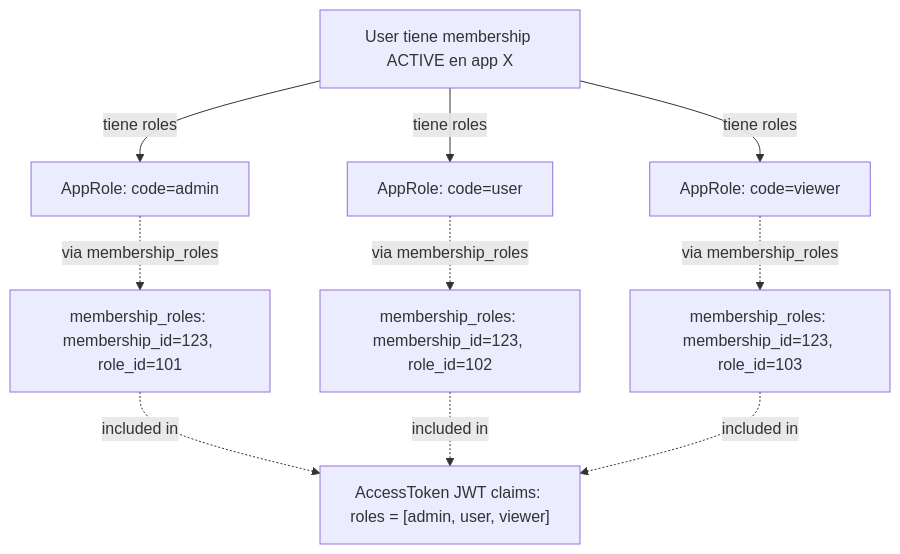
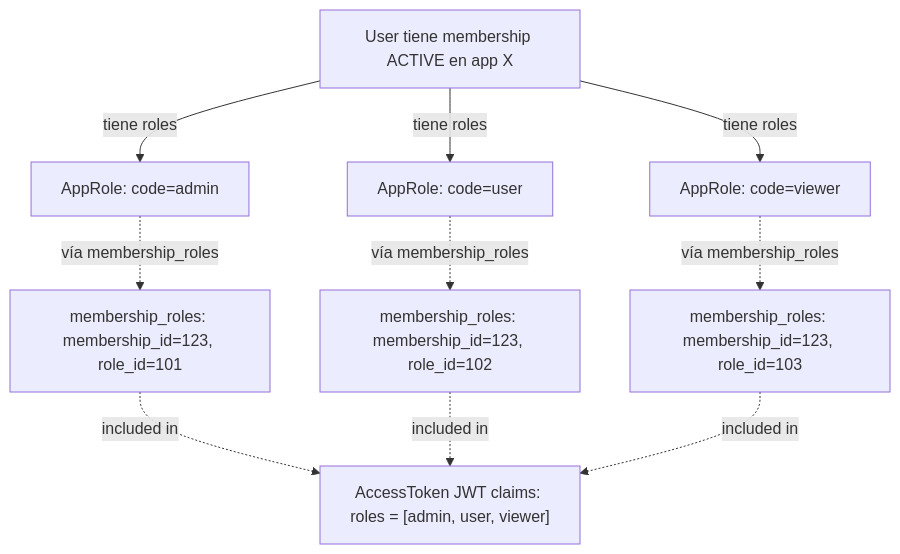
Before and after one commit to cmartinezs/keygo-server: diagram 11 of 34 in docs/data/ENTITY_RELATIONSHIPS.md, drawn with Mermaid. The commit also changed other lines of this file and 80 other files, not shown here.

````diff
--- a/docs/data/ENTITY_RELATIONSHIPS.md
+++ b/docs/data/ENTITY_RELATIONSHIPS.md
@@ -433,19 +436,19 @@
 ```mermaid
 graph TD
     A["User tiene membership ACTIVE en app X"] -->|tiene roles| B["AppRole: code=admin"]
     A -->|tiene roles| C["AppRole: code=user"]
     A -->|tiene roles| D["AppRole: code=viewer"]
 
     E["membership_roles: membership_id=123, role_id=101"]
     F["membership_roles: membership_id=123, role_id=102"]
     G["membership_roles: membership_id=123, role_id=103"]
 
-    B -.->|via membership_roles| E
-    C -.->|via membership_roles| F
-    D -.->|via membership_roles| G
+    B -.->|vía membership_roles| E
+    C -.->|vía membership_roles| F
+    D -.->|vía membership_roles| G
 
     H["AccessToken JWT claims: roles = [admin, user, viewer]"]
     E -.->|included in| H
     F -.->|included in| H
     G -.->|included in| H
 ```
````
